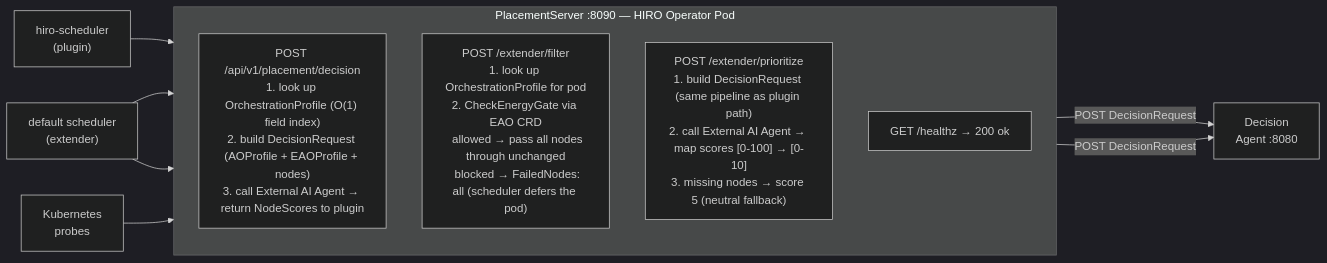
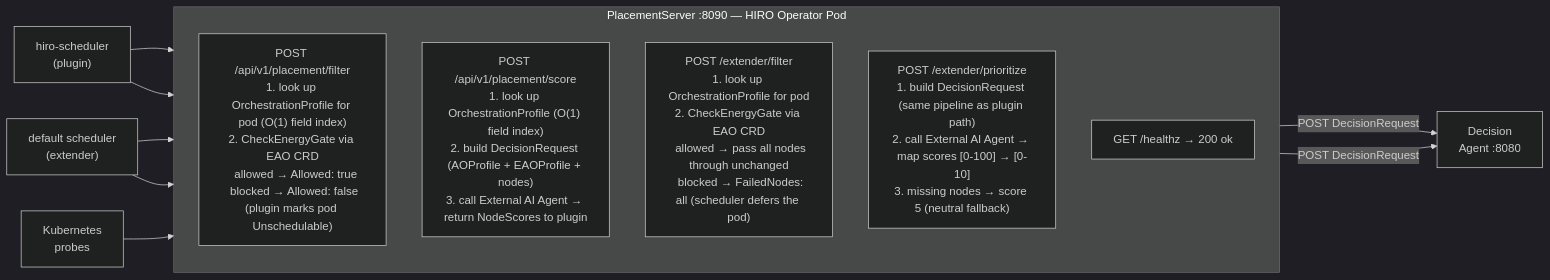
One commit to HIRO-MicroDataCenters-BV/hiro-adaptive-orchestrator changed the third of 5 diagrams in docs/architecture.md. Above: the diagram before and after it, drawn with Mermaid (dark theme). The commit also changed other lines of this file and 3 other files, not shown here.

````diff
--- a/docs/architecture.md
+++ b/docs/architecture.md
@@ -143,23 +144,25 @@
 ```mermaid
 flowchart LR
     Plugin["hiro-scheduler<br/>(plugin)"]
     Extender["default scheduler<br/>(extender)"]
     Probes["Kubernetes<br/>probes"]
 
     subgraph PS["PlacementServer :8090 — HIRO Operator Pod"]
         direction TB
-        R1["POST /api/v1/placement/decision<br/>1. look up OrchestrationProfile (O(1) field index)<br/>2. build DecisionRequest (AOProfile + EAOProfile + nodes)<br/>3. call External AI Agent → return NodeScores to plugin"]
+        R0["POST /api/v1/placement/filter<br/>1. look up OrchestrationProfile for pod (O(1) field index)<br/>2. CheckEnergyGate via EAO CRD<br/>&nbsp;&nbsp;allowed → Allowed: true<br/>&nbsp;&nbsp;blocked → Allowed: false (plugin marks pod Unschedulable)"]
+        R1["POST /api/v1/placement/score<br/>1. look up OrchestrationProfile (O(1) field index)<br/>2. build DecisionRequest (AOProfile + EAOProfile + nodes)<br/>3. call External AI Agent → return NodeScores to plugin"]
         R2["POST /extender/filter<br/>1. look up OrchestrationProfile for pod<br/>2. CheckEnergyGate via EAO CRD<br/>&nbsp;&nbsp;allowed → pass all nodes through unchanged<br/>&nbsp;&nbsp;blocked → FailedNodes: all (scheduler defers the pod)"]
         R3["POST /extender/prioritize<br/>1. build DecisionRequest (same pipeline as plugin path)<br/>2. call External AI Agent → map scores [0-100] → [0-10]<br/>3. missing nodes → score 5 (neutral fallback)"]
         R4["GET /healthz → 200 ok"]
     end
 
     Agent["Decision<br/>Agent :8080"]
 
+    Plugin --> R0
     Plugin --> R1
     Extender --> R2
     Extender --> R3
     Probes --> R4
     R1 -->|"POST DecisionRequest"| Agent
     R3 -->|"POST DecisionRequest"| Agent
 ```
````
